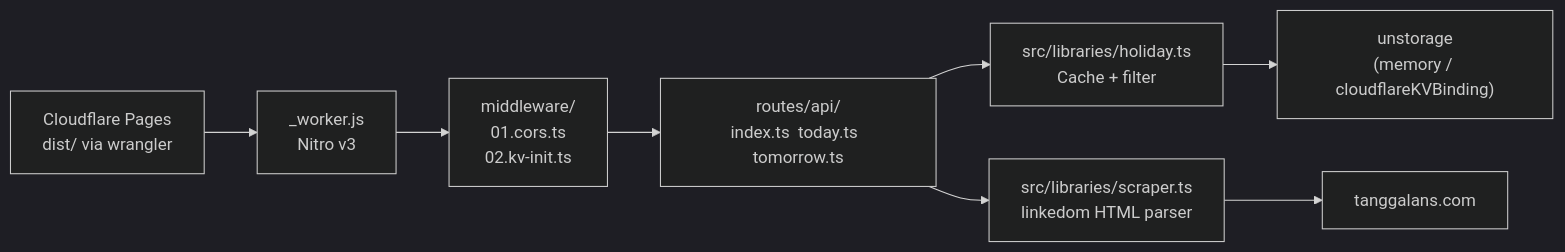
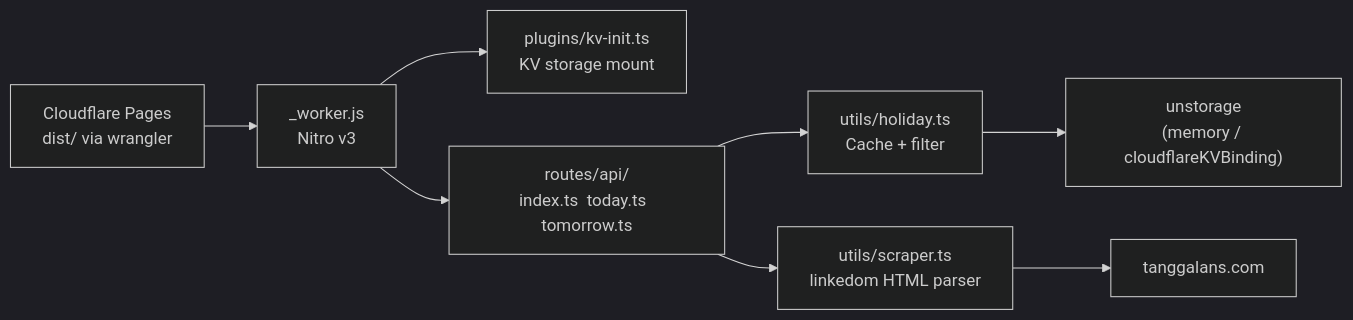
Before and after one commit to ai-hana-ai/api-hari-libur: the first of 2 diagrams in AGENTS.md, drawn with Mermaid (dark theme). The commit also changed other lines of this file and 15 other files, not shown here.

First line of the commit message:
refactor: routeRules for CORS/cache, scraper hardening, cleanup

````diff
--- a/AGENTS.md
+++ b/AGENTS.md
@@ -5,10 +5,10 @@
 ```mermaid
 flowchart LR
   CF[Cloudflare Pages<br/>dist/ via wrangler] --> Nitro["_worker.js<br/>Nitro v3"]
-  Nitro --> Middleware["middleware/<br/>01.cors.ts<br/>02.kv-init.ts"]
-  Middleware --> Routes["routes/api/<br/>index.ts  today.ts  tomorrow.ts"]
-  Routes --> Holiday["src/libraries/holiday.ts<br/>Cache + filter"]
+  Nitro --> Plugin["plugins/kv-init.ts<br/>KV storage mount"]
+  Nitro --> Routes["routes/api/<br/>index.ts  today.ts  tomorrow.ts"]
+  Routes --> Holiday["utils/holiday.ts<br/>Cache + filter"]
   Holiday --> Cache["unstorage<br/>(memory / cloudflareKVBinding)"]
-  Routes --> Scraper["src/libraries/scraper.ts<br/>linkedom HTML parser"]
+  Routes --> Scraper["utils/scraper.ts<br/>linkedom HTML parser"]
   Scraper --> Tanggalan["tanggalans.com"]
 ```
````
